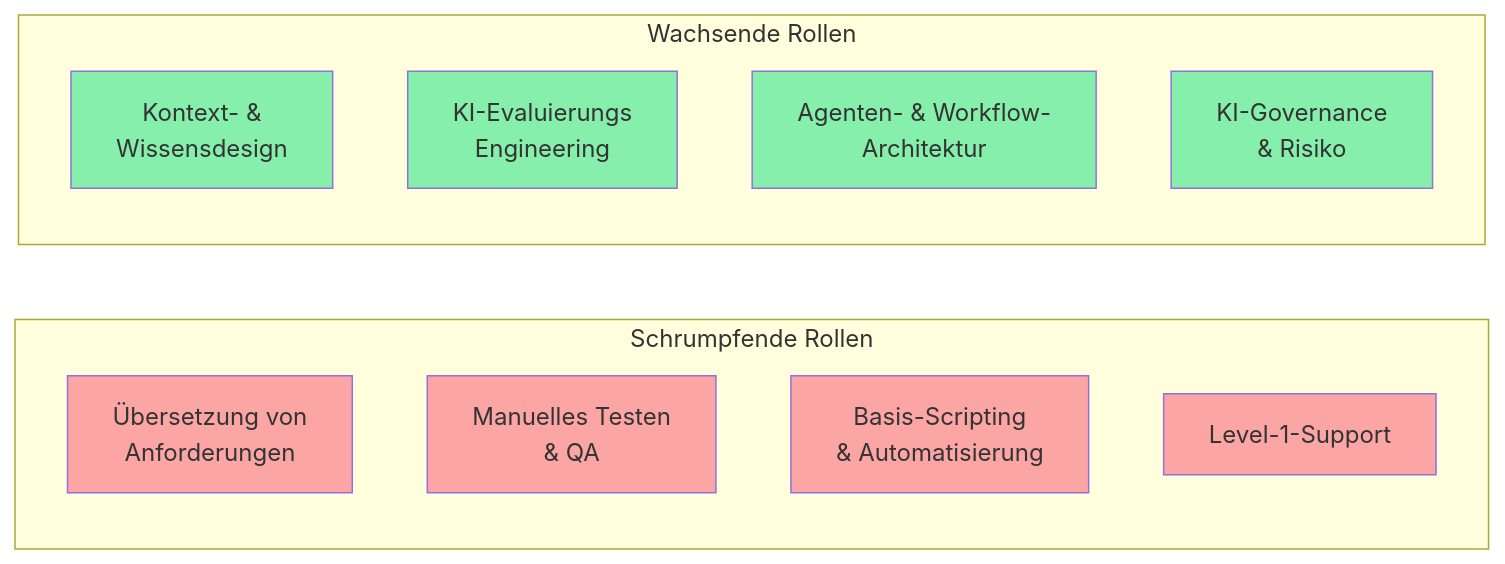
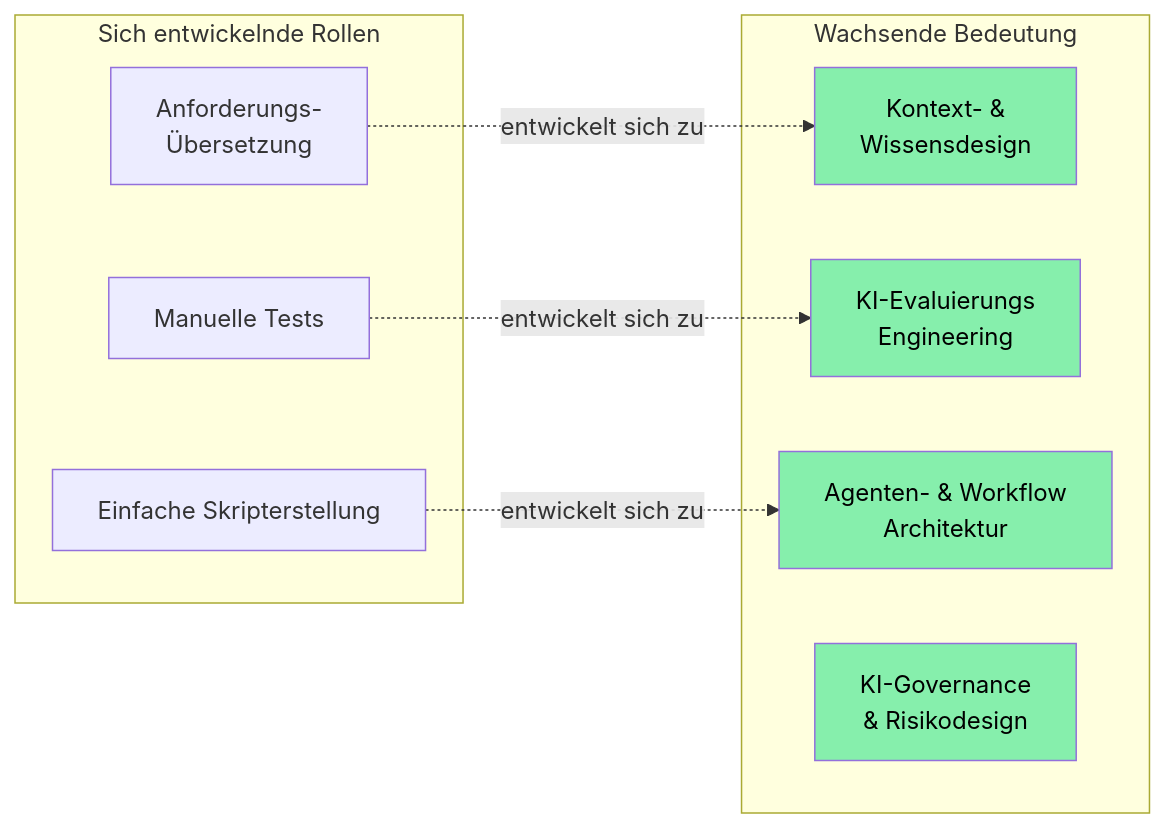
One commit to fps4/web-faridgurbanov changed the fourth of 4 diagrams in src/content/de/blog/it-org-ai-transformation.md. Above: the diagram before and after it, drawn with Mermaid. The commit also changed other lines of this file and 13 other files, not shown here.

````diff
--- a/src/content/de/blog/it-org-ai-transformation.md
+++ b/src/content/de/blog/it-org-ai-transformation.md
@@ -143,25 +139,24 @@
 ```mermaid
 flowchart LR
-    subgraph "Schrumpfende Rollen"
-        A["Übersetzung von\nAnforderungen"]
-        B["Manuelles Testen\n& QA"]
-        C["Basis-Scripting\n& Automatisierung"]
-        D["Level-1-Support"]
+    subgraph "Sich entwickelnde Rollen"
+        A["Anforderungs-\nÜbersetzung"]
+        B["Manuelle Tests"]
+        C["Einfache Skripterstellung"]
     end
 
-    subgraph "Wachsende Rollen"
-        E["Kontext- &\nWissensdesign"]
-        F["KI-Evaluierungs\nEngineering"]
-        G["Agenten- & Workflow-\nArchitektur"]
-        H["KI-Governance\n& Risiko"]
+    subgraph "Wachsende Bedeutung"
+        D["Kontext- &\nWissensdesign"]
+        E["KI-Evaluierungs\nEngineering"]
+        F["Agenten- & Workflow\nArchitektur"]
+        G["KI-Governance\n& Risikodesign"]
     end
 
-    style A fill:#fca5a5
-    style B fill:#fca5a5
-    style C fill:#fca5a5
-    style D fill:#fca5a5
-    style E fill:#86efac
-    style F fill:#86efac
-    style G fill:#86efac
-    style H fill:#86efac
+    A -.->|"entwickelt sich zu"| D
+    B -.->|"entwickelt sich zu"| E
+    C -.->|"entwickelt sich zu"| F
+
+    style D fill:#86efac,color:#000
+    style E fill:#86efac,color:#000
+    style F fill:#86efac,color:#000
+    style G fill:#86efac,color:#000
 ```
````
